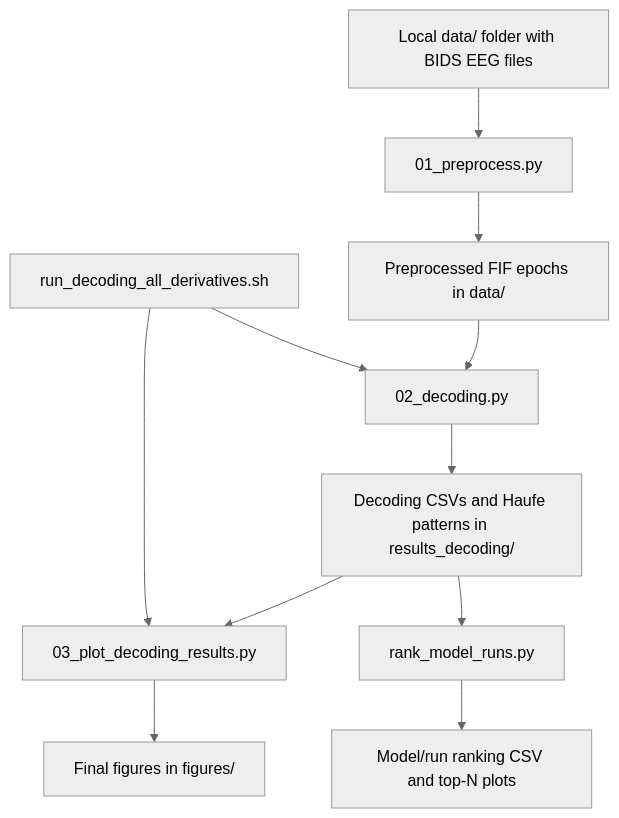
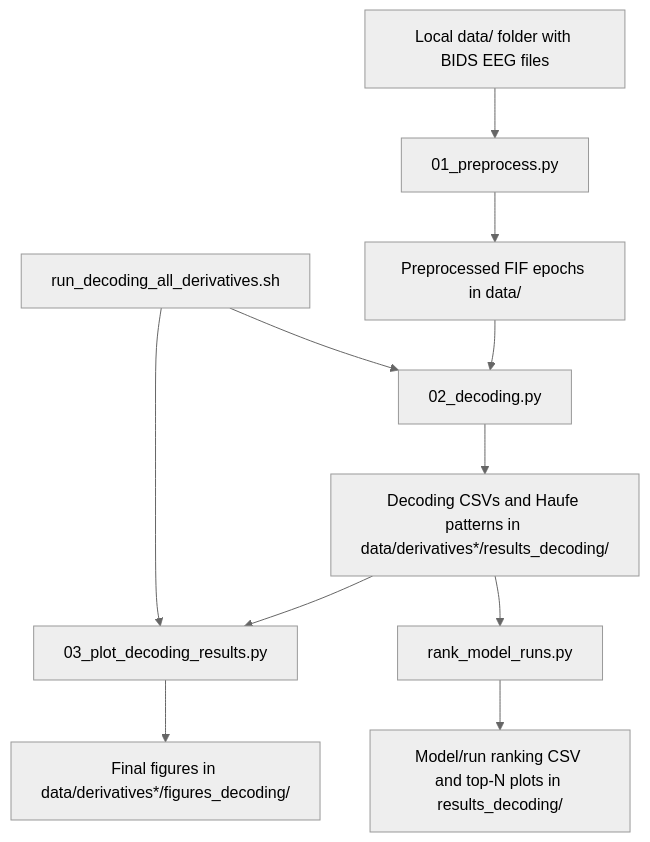
The diagram in README.md (JanTSV/EEG), drawn with Mermaid (neutral theme) before and after one commit. The commit also changed other lines of this file, not shown here.

Commit message:
small update for output format

````diff
--- a/README.md
+++ b/README.md
@@ -267,13 +268,13 @@
 ```mermaid
 flowchart TD
     A[Local data/ folder with BIDS EEG files] --> B[01_preprocess.py]
     B --> C[Preprocessed FIF epochs in data/]
     C --> D[02_decoding.py]
-    D --> E[Decoding CSVs and Haufe patterns in results_decoding/]
+  D --> E[Decoding CSVs and Haufe patterns in data/derivatives*/results_decoding/]
     E --> F[03_plot_decoding_results.py]
-    F --> G[Final figures in figures/]
+  F --> G[Final figures in data/derivatives*/figures_decoding/]
     E --> H[rank_model_runs.py]
-    H --> I[Model/run ranking CSV and top-N plots]
+  H --> I[Model/run ranking CSV and top-N plots in results_decoding/]
     J[run_decoding_all_derivatives.sh] --> D
     J --> F
 ```
````
